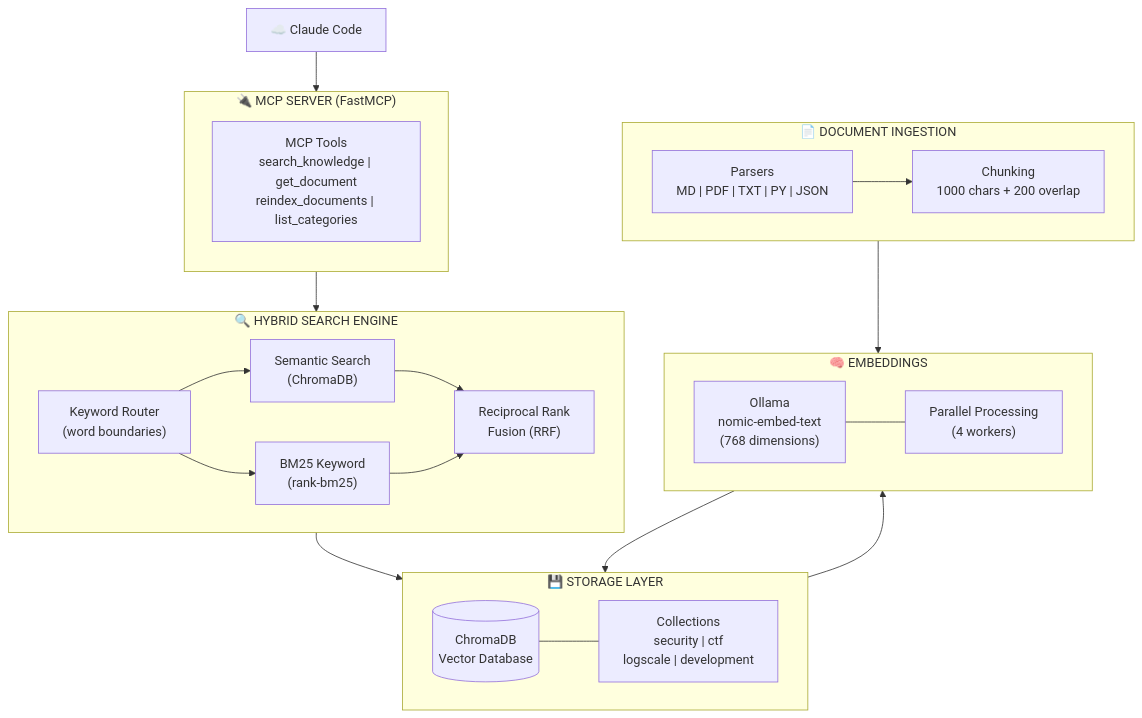
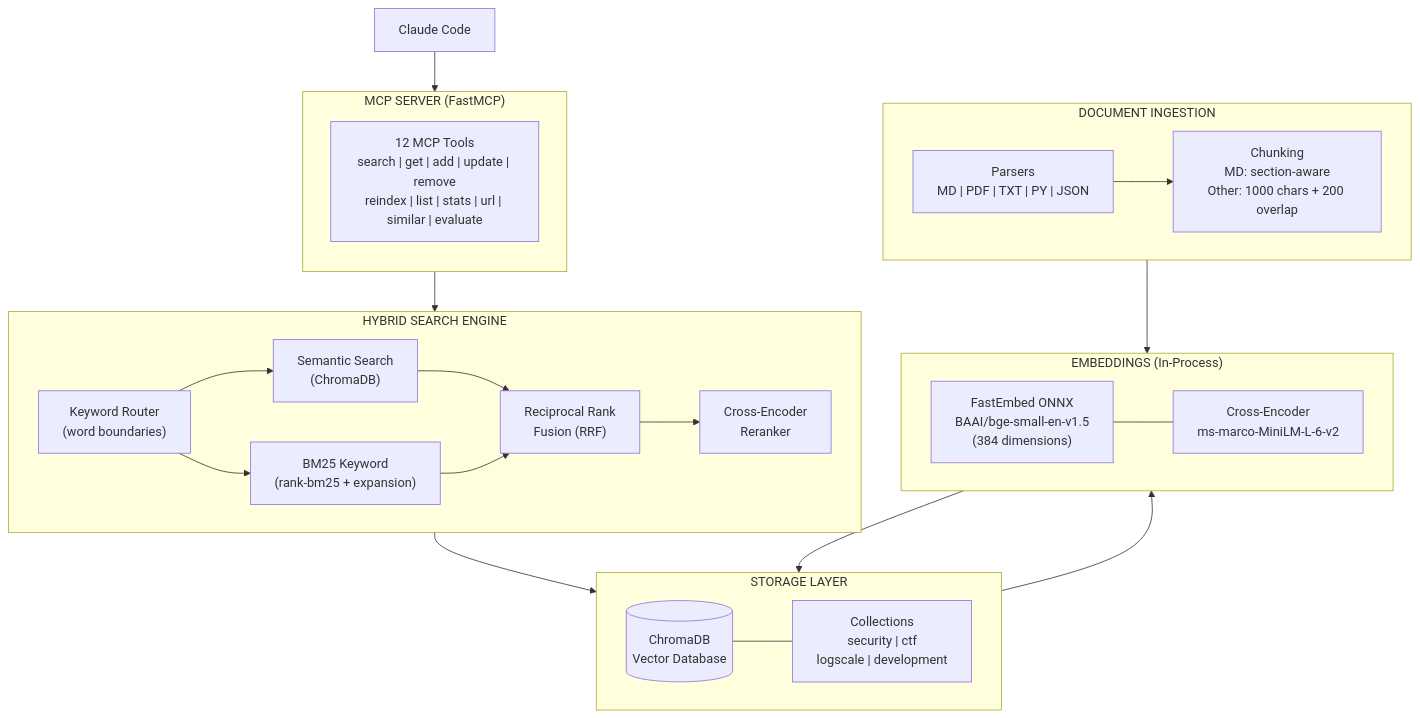
Before and after one commit to imakealol/knowledge-rag: the first of 4 diagrams in README.md, drawn with Mermaid. The commit also changed other lines of this file and 8 other files, not shown here.

First line of the commit message:
feat: v3.0.0 — FastEmbed, cross-encoder reranker, markdown chunking, 12 MCP tools

````diff
--- a/README.md
+++ b/README.md
@@ -73,46 +143,48 @@
 ```mermaid
 flowchart TB
-    subgraph MCP["🔌 MCP SERVER (FastMCP)"]
+    subgraph MCP["MCP SERVER (FastMCP)"]
         direction TB
-        TOOLS["MCP Tools<br/>search_knowledge | get_document<br/>reindex_documents | list_categories"]
+        TOOLS["12 MCP Tools<br/>search | get | add | update | remove<br/>reindex | list | stats | url | similar | evaluate"]
     end
 
-    subgraph SEARCH["🔍 HYBRID SEARCH ENGINE"]
+    subgraph SEARCH["HYBRID SEARCH ENGINE"]
         direction LR
         ROUTER["Keyword Router<br/>(word boundaries)"]
         SEMANTIC["Semantic Search<br/>(ChromaDB)"]
-        BM25["BM25 Keyword<br/>(rank-bm25)"]
+        BM25["BM25 Keyword<br/>(rank-bm25 + expansion)"]
         RRF["Reciprocal Rank<br/>Fusion (RRF)"]
+        RERANK["Cross-Encoder<br/>Reranker"]
 
         ROUTER --> SEMANTIC
         ROUTER --> BM25
         SEMANTIC --> RRF
         BM25 --> RRF
+        RRF --> RERANK
     end
 
-    subgraph STORAGE["💾 STORAGE LAYER"]
+    subgraph STORAGE["STORAGE LAYER"]
         direction LR
         CHROMA[("ChromaDB<br/>Vector Database")]
         COLLECTIONS["Collections<br/>security | ctf<br/>logscale | development"]
         CHROMA --- COLLECTIONS
     end
 
-    subgraph EMBED["🧠 EMBEDDINGS"]
-        OLLAMA["Ollama<br/>nomic-embed-text<br/>(768 dimensions)"]
-        PARALLEL["Parallel Processing<br/>(4 workers)"]
-        OLLAMA --- PARALLEL
+    subgraph EMBED["EMBEDDINGS (In-Process)"]
+        FASTEMBED["FastEmbed ONNX<br/>BAAI/bge-small-en-v1.5<br/>(384 dimensions)"]
+        CROSSENC["Cross-Encoder<br/>ms-marco-MiniLM-L-6-v2"]
+        FASTEMBED --- CROSSENC
     end
 
-    subgraph INGEST["📄 DOCUMENT INGESTION"]
+    subgraph INGEST["DOCUMENT INGESTION"]
         PARSERS["Parsers<br/>MD | PDF | TXT | PY | JSON"]
-        CHUNKER["Chunking<br/>1000 chars + 200 overlap"]
+        CHUNKER["Chunking<br/>MD: section-aware<br/>Other: 1000 chars + 200 overlap"]
         PARSERS --> CHUNKER
     end
 
-    CLAUDE["☁️ Claude Code"] --> MCP
+    CLAUDE["Claude Code"] --> MCP
     MCP --> SEARCH
     SEARCH --> STORAGE
     STORAGE --> EMBED
     INGEST --> EMBED
     EMBED --> STORAGE
 ```
````
